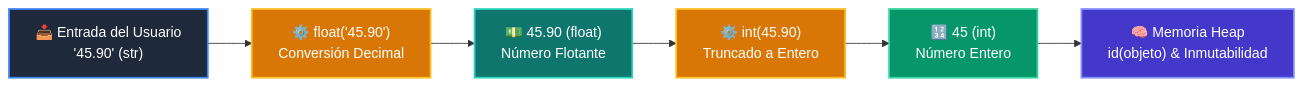
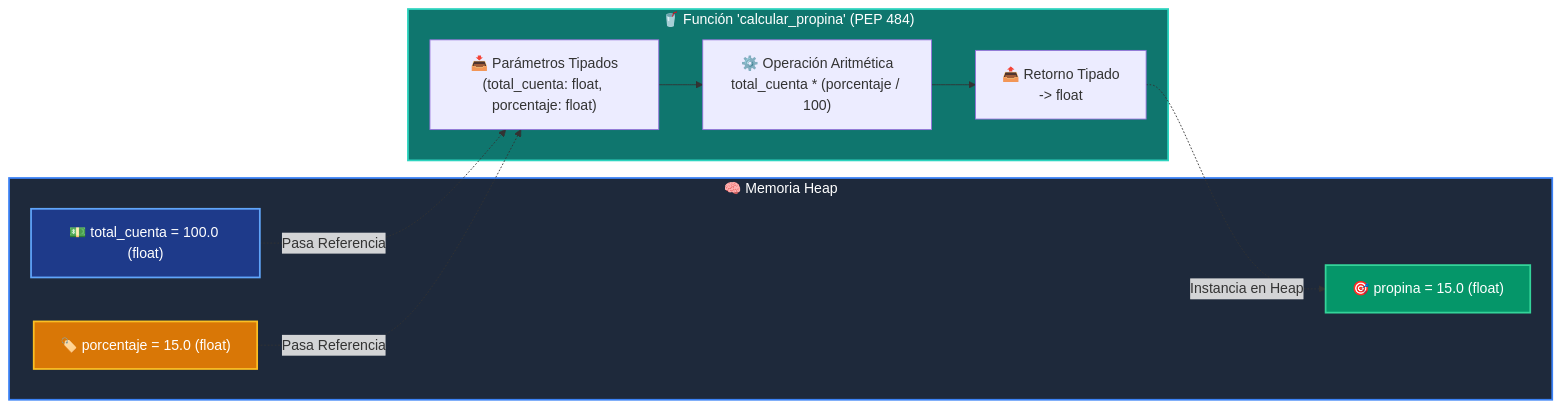
Before and after one commit to wisrovi/wisrovi-python: the diagram in docs/curso-01/clase-02.md, drawn with Mermaid. The commit also changed other lines of this file and 38 other files, not shown here.

````diff
--- a/docs/curso-01/clase-02.md
+++ b/docs/curso-01/clase-02.md
@@ -38,15 +41,25 @@
 ```mermaid
 flowchart LR
-    INPUT["📥 Entrada del Usuario<br/>'45.90' (str)"] --> CAST1["⚙️ float('45.90')<br/>Conversión Decimal"]
-    CAST1 --> FLOAT_VAL["💵 45.90 (float)<br/>Número Flotante"]
-    FLOAT_VAL --> CAST2["⚙️ int(45.90)<br/>Truncado a Entero"]
-    CAST2 --> INT_VAL["🔢 45 (int)<br/>Número Entero"]
-    INT_VAL --> MEM["🧠 Memoria Heap<br/>id(objeto) & Inmutabilidad"]
+    subgraph Memoria["🧠 Memoria Heap"]
+        OBJ1["💵 total_cuenta = 100.0 (float)"]
+        OBJ2["🏷️ porcentaje = 15.0 (float)"]
+        RET["🎯 propina = 15.0 (float)"]
+    end
 
-    style INPUT fill:#1e293b,color:#ffffff,stroke:#3b82f6,stroke-width:2px
-    style CAST1 fill:#d97706,color:#ffffff,stroke:#fbbf24,stroke-width:2px
-    style FLOAT_VAL fill:#0f766e,color:#ffffff,stroke:#2dd4bf,stroke-width:2px
-    style CAST2 fill:#d97706,color:#ffffff,stroke:#fbbf24,stroke-width:2px
-    style INT_VAL fill:#059669,color:#ffffff,stroke:#34d399,stroke-width:2px
-    style MEM fill:#4338ca,color:#ffffff,stroke:#818cf8,stroke-width:2px
+    subgraph Funcion["🥤 Función 'calcular_propina' (PEP 484)"]
+        INPUT["📥 Parámetros Tipados<br/>(total_cuenta: float, porcentaje: float)"]
+        LOGIC["⚙️ Operación Aritmética<br/>total_cuenta * (porcentaje / 100)"]
+        OUT["📤 Retorno Tipado<br/>-> float"]
+        INPUT --> LOGIC --> OUT
+    end
+
+    OBJ1 -.->|Pasa Referencia| INPUT
+    OBJ2 -.->|Pasa Referencia| INPUT
+    OUT -.->|Instancia en Heap| RET
+
+    style Memoria fill:#1e293b,color:#ffffff,stroke:#3b82f6,stroke-width:2px
+    style Funcion fill:#0f766e,color:#ffffff,stroke:#2dd4bf,stroke-width:2px
+    style OBJ1 fill:#1e3a8a,color:#ffffff,stroke:#60a5fa,stroke-width:2px
+    style OBJ2 fill:#d97706,color:#ffffff,stroke:#fbbf24,stroke-width:2px
+    style RET fill:#059669,color:#ffffff,stroke:#34d399,stroke-width:2px
 ```
````
